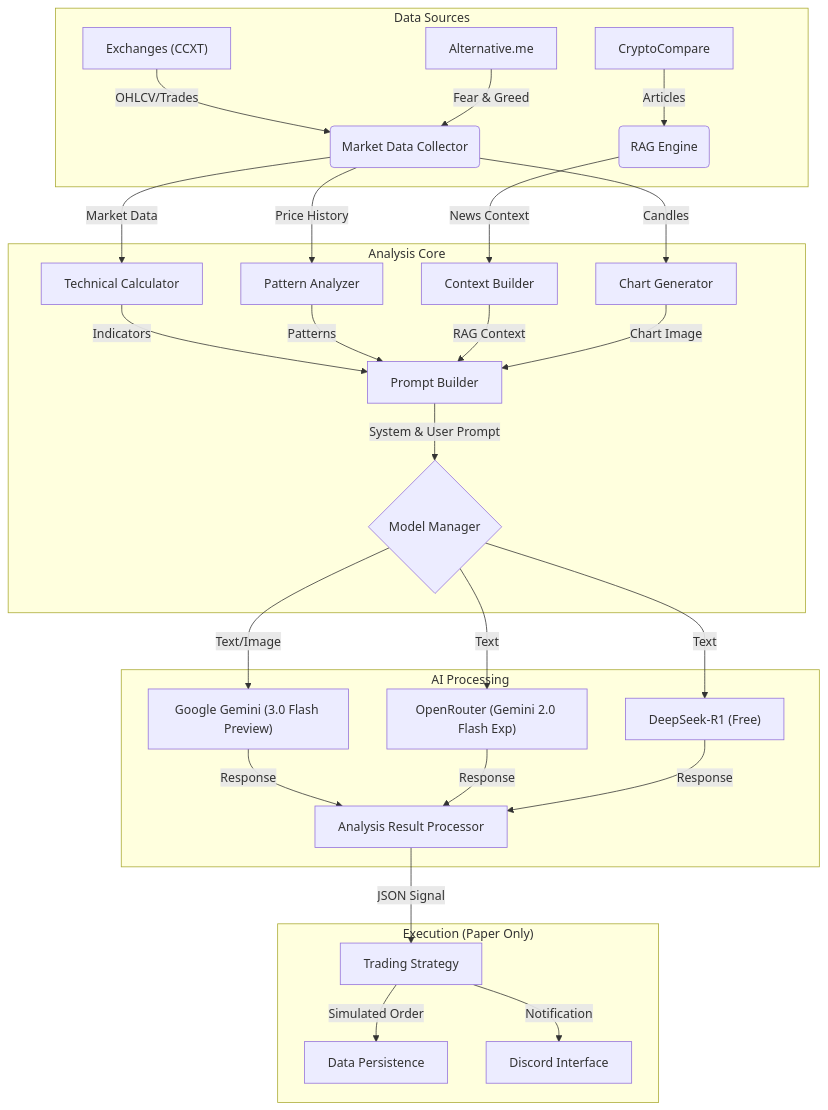
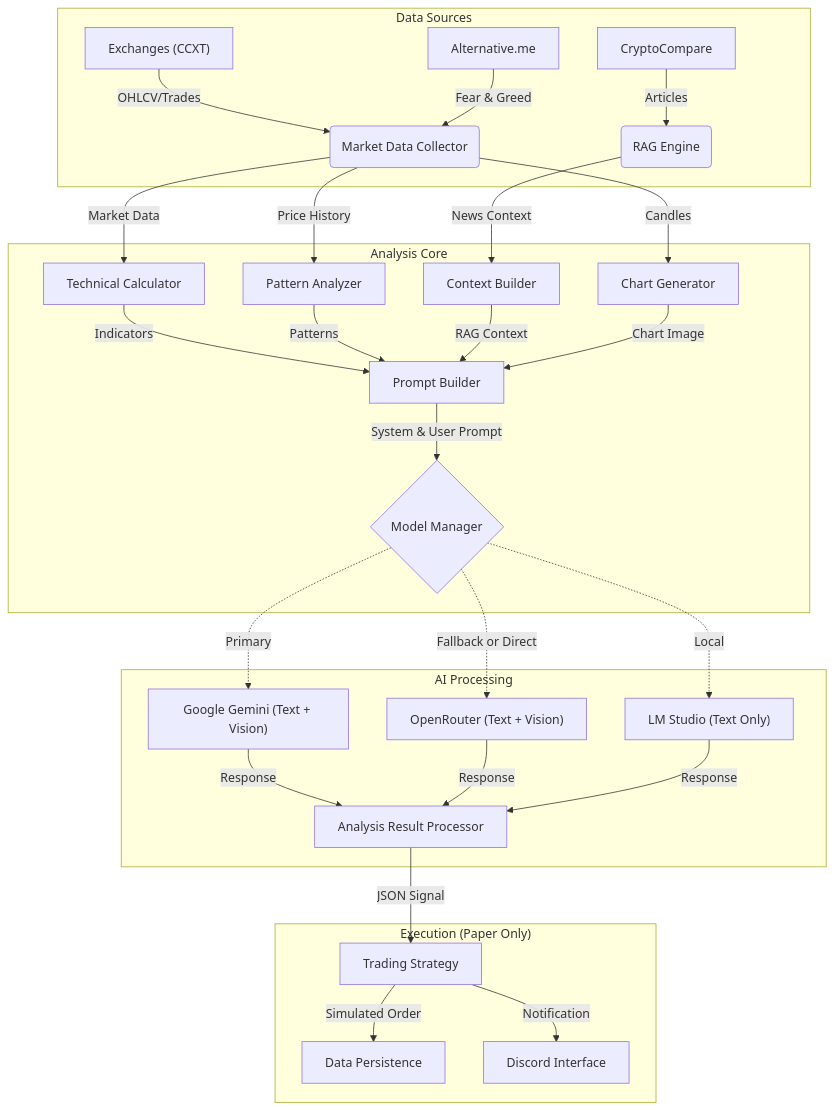
Before and after one commit to qrak/LLM_trader: the diagram in README.md, drawn with Mermaid.

Commit message:
docs: update README AI processing diagram to reflect detailed provider selection and capabilities.

````diff
--- a/README.md
+++ b/README.md
@@ -14,40 +14,41 @@
 ```mermaid
 graph TD
     subgraph Data Sources
         Ex["Exchanges (CCXT)"] --> |OHLCV/Trades| DC(Market Data Collector)
         News[CryptoCompare] --> |Articles| RAG(RAG Engine)
         Sent[Alternative.me] --> |Fear & Greed| DC
     end
 
     subgraph Analysis Core
         DC --> |Market Data| TC[Technical Calculator]
         DC --> |Price History| PA[Pattern Analyzer]
         DC --> |Candles| CG[Chart Generator]
         
         RAG --> |News Context| CB[Context Builder]
         
         %% Orchestration / Assembly
         TC --> |Indicators| PB[Prompt Builder]
         PA --> |Patterns| PB
         CB --> |RAG Context| PB
         CG --> |Chart Image| PB
         
         PB --> |System & User Prompt| MM{Model Manager}
     end
 
     subgraph AI Processing
-        MM --> |Text/Image| P1["Google Gemini (3.0 Flash Preview)"]
-        MM --> |Text| P2["OpenRouter (Gemini 2.0 Flash Exp)"]
-        MM --> |Text| P3["DeepSeek-R1 (Free)"]
+        %% Provider Selection Logic (Sequential / Fallback)
+        MM -.-> |Primary| Google["Google Gemini (Text + Vision)"]
+        MM -.-> |Fallback or Direct| OR["OpenRouter (Text + Vision)"]
+        MM -.-> |Local| Local["LM Studio (Text Only)"]
         
-        P1 --> |Response| ARP[Analysis Result Processor]
-        P2 --> |Response| ARP
-        P3 --> |Response| ARP
+        Google --> |Response| ARP[Analysis Result Processor]
+        OR --> |Response| ARP
+        Local --> |Response| ARP
     end
 
     subgraph Execution ["Execution (Paper Only)"]
         ARP --> |JSON Signal| TS[Trading Strategy]
         TS --> |Simulated Order| DP[Data Persistence]
         TS --> |Notification| DN[Discord Interface]
     end
 ```
````
